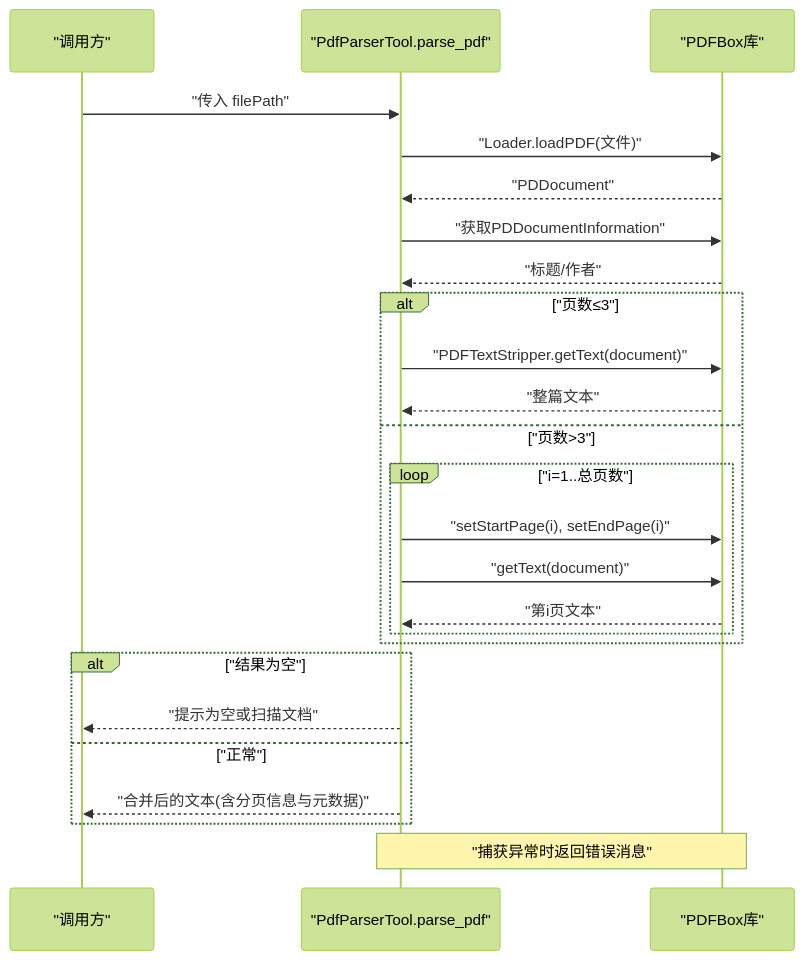
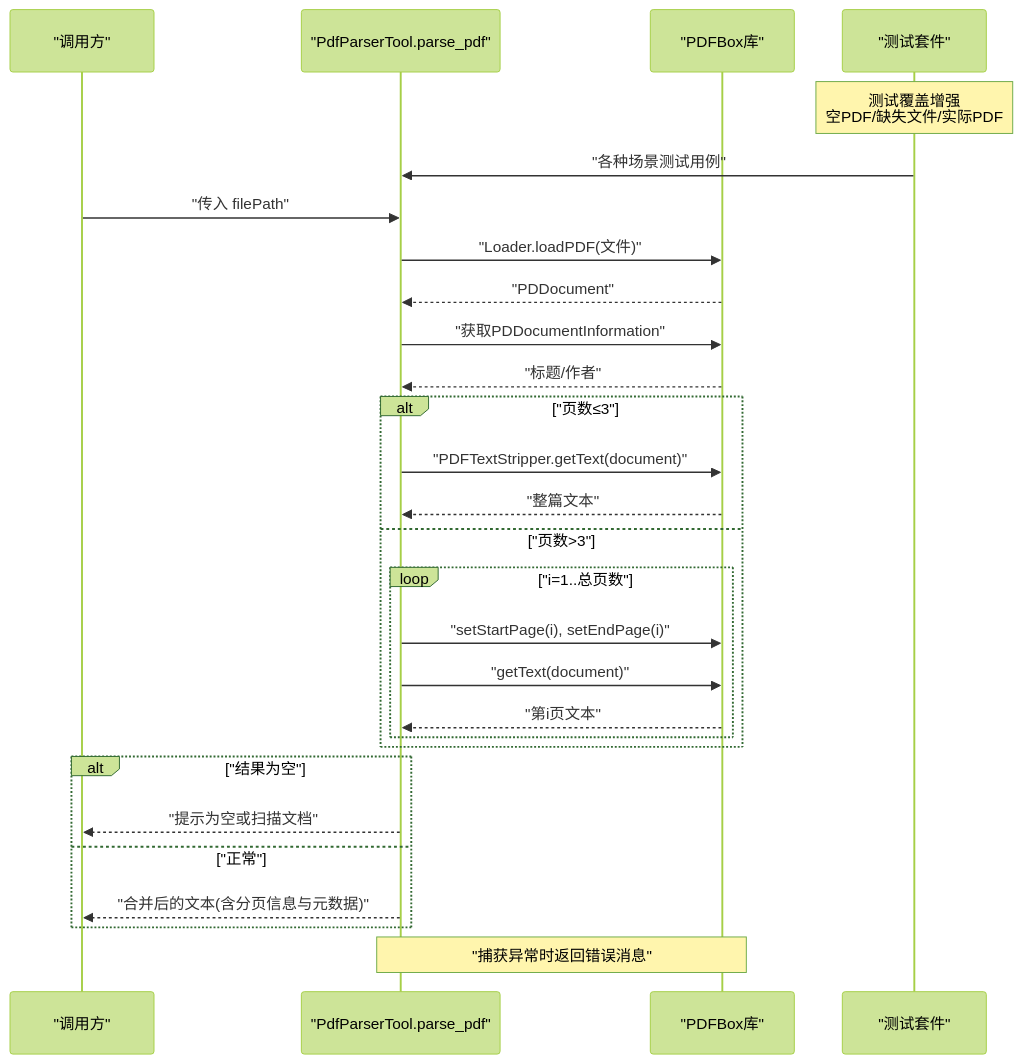
Before and after one commit to tinyhu/agentscope-demo: the second of 5 diagrams in .qoder/repowiki/zh/content/工具系统/文档处理工具/PDF文档解析工具.md, drawn with Mermaid (forest theme). The commit also changed other lines of this file and 24 other files, not shown here.

````diff
--- a/.qoder/repowiki/zh/content/工具系统/文档处理工具/PDF文档解析工具.md
+++ b/.qoder/repowiki/zh/content/工具系统/文档处理工具/PDF文档解析工具.md
@@ -61,28 +75,30 @@
 ```mermaid
 sequenceDiagram
-    participant Caller as "调用方"
-    participant Tool as "PdfParserTool.parse_pdf"
-    participant PDFBox as "PDFBox库"
-
-    Caller->>Tool: "传入 filePath"
-    Tool->>PDFBox: "Loader.loadPDF(文件)"
-    PDFBox-->>Tool: "PDDocument"
-    Tool->>PDFBox: "获取PDDocumentInformation"
-    PDFBox-->>Tool: "标题/作者"
-    alt "页数≤3"
-        Tool->>PDFBox: "PDFTextStripper.getText(document)"
-        PDFBox-->>Tool: "整篇文本"
-    else "页数>3"
-        loop "i=1..总页数"
-            Tool->>PDFBox: "setStartPage(i), setEndPage(i)"
-            Tool->>PDFBox: "getText(document)"
-            PDFBox-->>Tool: "第i页文本"
-        end
-    end
-    alt "结果为空"
-        Tool-->>Caller: "提示为空或扫描文档"
-    else "正常"
-        Tool-->>Caller: "合并后的文本(含分页信息与元数据)"
-    end
-    note over Tool,PDFBox: "捕获异常时返回错误消息"
+participant Caller as "调用方"
+participant Tool as "PdfParserTool.parse_pdf"
+participant PDFBox as "PDFBox库"
+participant Test as "测试套件"
+Note over Test : 测试覆盖增强<br/>空PDF/缺失文件/实际PDF
+Test->>Tool : "各种场景测试用例"
+Caller->>Tool : "传入 filePath"
+Tool->>PDFBox : "Loader.loadPDF(文件)"
+PDFBox-->>Tool : "PDDocument"
+Tool->>PDFBox : "获取PDDocumentInformation"
+PDFBox-->>Tool : "标题/作者"
+alt "页数≤3"
+Tool->>PDFBox : "PDFTextStripper.getText(document)"
+PDFBox-->>Tool : "整篇文本"
+else "页数>3"
+loop "i=1..总页数"
+Tool->>PDFBox : "setStartPage(i), setEndPage(i)"
+Tool->>PDFBox : "getText(document)"
+PDFBox-->>Tool : "第i页文本"
+end
+end
+alt "结果为空"
+Tool-->>Caller : "提示为空或扫描文档"
+else "正常"
+Tool-->>Caller : "合并后的文本(含分页信息与元数据)"
+end
+note over Tool,PDFBox : "捕获异常时返回错误消息"
 ```
````
